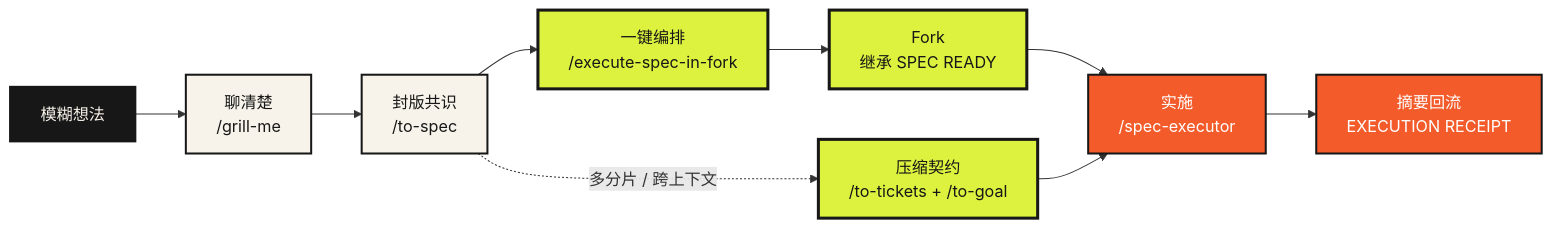
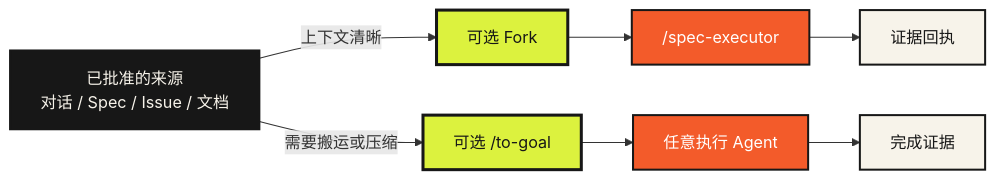
One commit to tt-a1i/matt-skills-with-to-goal changed the diagram in README.md. Above: the diagram before and after it, drawn with Mermaid. The commit also changed other lines of this file and 19 other files, not shown here.

Commit message:
feat: decouple goal and fork workflows (#14)

````diff
--- a/README.md
+++ b/README.md
@@ -43,21 +43,20 @@
 ```mermaid
 flowchart LR
-    idea["模糊想法"] --> grill["聊清楚<br/>/grill-me"]
-    grill --> spec["封版共识<br/>/to-spec"]
-    spec --> orchestrate["一键编排<br/>/execute-spec-in-fork"]
-    orchestrate --> fork["Fork<br/>继承 SPEC READY"]
-    fork --> execute["实施<br/>/spec-executor"]
-    execute --> receipt["摘要回流<br/>EXECUTION RECEIPT"]
-    spec -. "多分片 / 跨上下文" .-> goal["压缩契约<br/>/to-tickets + /to-goal"]
-    goal --> execute
+    source["已批准的来源<br/>对话 / Spec / Issue / 文档"]
+    source -->|"上下文清晰"| fork["可选 Fork"]
+    source -->|"需要搬运或压缩"| goal["可选 /to-goal"]
+    fork --> execute["/spec-executor"]
+    goal --> agent["任意执行 Agent"]
+    execute --> receipt["证据回执"]
+    agent --> evidence["完成证据"]
 
     classDef source fill:#171717,color:#F7F3EA,stroke:#171717,stroke-width:2px;
     classDef plan fill:#F7F3EA,color:#171717,stroke:#171717,stroke-width:2px;
     classDef contract fill:#DCF23E,color:#171717,stroke:#171717,stroke-width:3px;
     classDef action fill:#F35B2A,color:#FFFFFF,stroke:#171717,stroke-width:2px;
 
-    class idea source;
-    class grill,spec plan;
-    class orchestrate,fork,goal contract;
-    class execute,receipt action;
+    class source source;
+    class fork,goal contract;
+    class execute,agent action;
+    class receipt,evidence plan;
 ```
````
